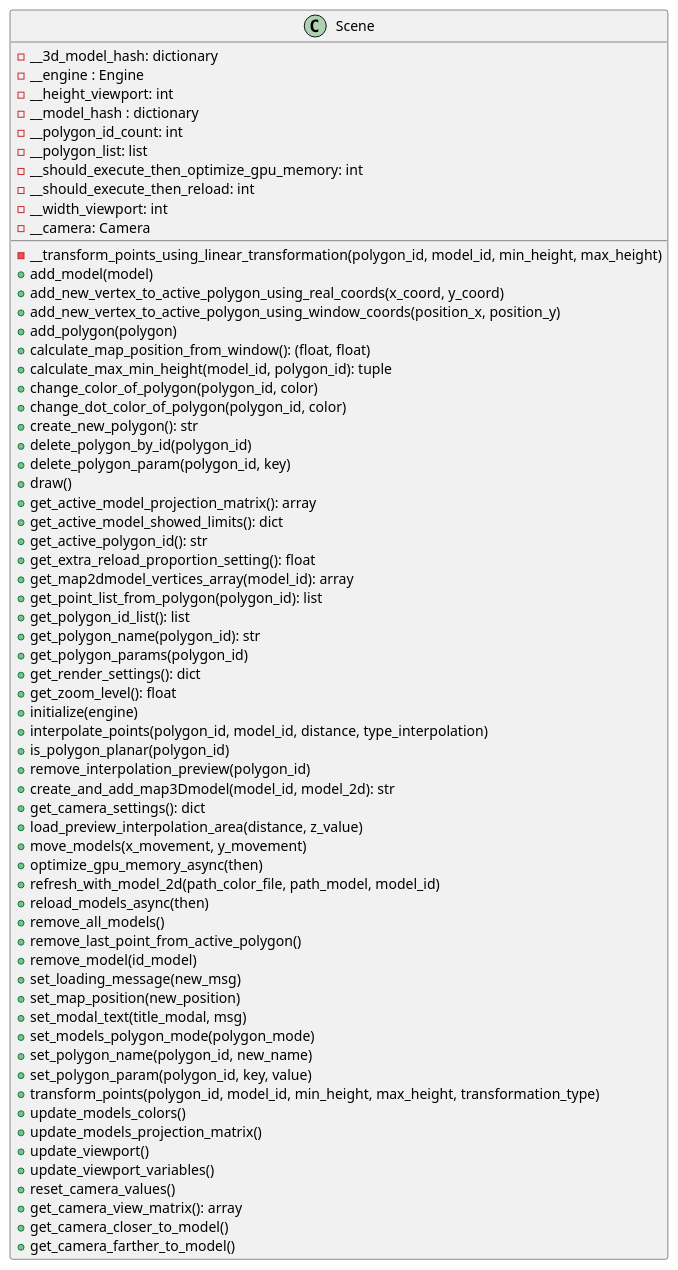
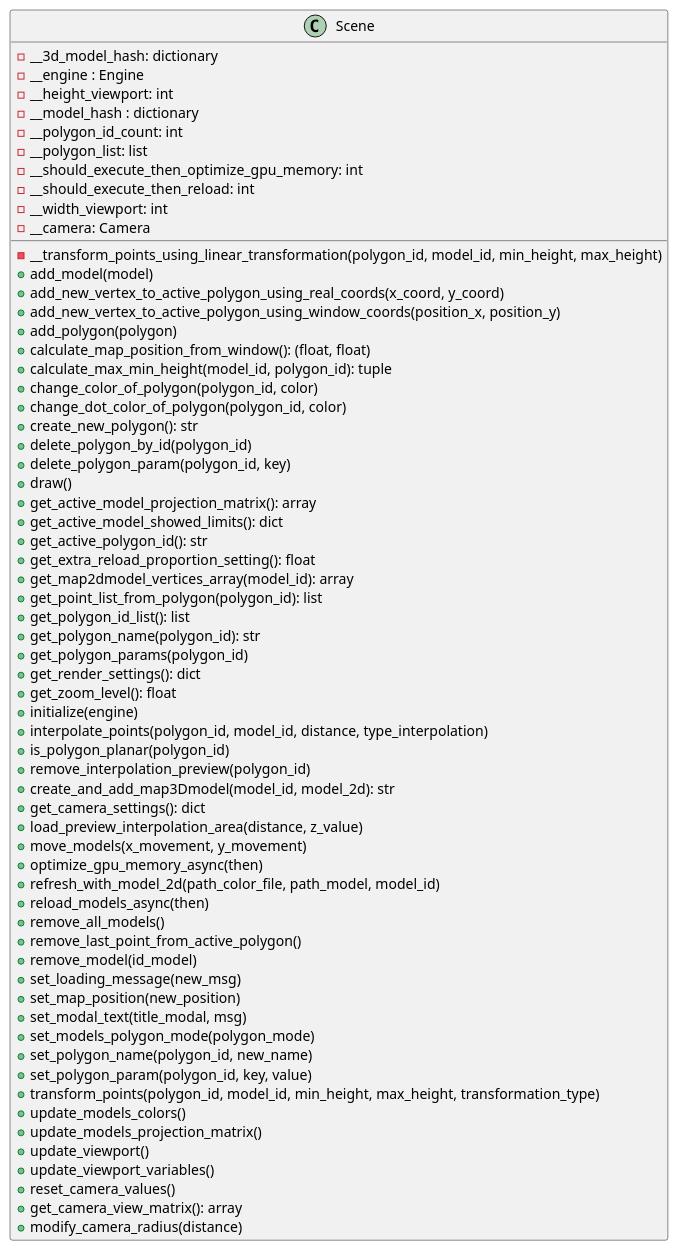
One commit to ferpoble2/Relief_Creator changed the diagram in docs/classes/Scene.puml. Above: the diagram before and after it, drawn with PlantUML. The commit also changed 6 other files, not shown here.

```diff
--- a/docs/classes/Scene.puml
+++ b/docs/classes/Scene.puml
@@ -1,68 +1,67 @@
 @startuml
             class Scene{
                 - __transform_points_using_linear_transformation(polygon_id, model_id, min_height, max_height)
                 + add_model(model)
                 + add_new_vertex_to_active_polygon_using_real_coords(x_coord, y_coord)
                 + add_new_vertex_to_active_polygon_using_window_coords(position_x, position_y)
                 + add_polygon(polygon)
                 + calculate_map_position_from_window(): (float, float)
                 + calculate_max_min_height(model_id, polygon_id): tuple
                 + change_color_of_polygon(polygon_id, color)
                 + change_dot_color_of_polygon(polygon_id, color)
                 + create_new_polygon(): str
                 + delete_polygon_by_id(polygon_id)
                 + delete_polygon_param(polygon_id, key)
                 + draw()
                 + get_active_model_projection_matrix(): array
                 + get_active_model_showed_limits(): dict
                 + get_active_polygon_id(): str
                 + get_extra_reload_proportion_setting(): float
                 + get_map2dmodel_vertices_array(model_id): array
                 + get_point_list_from_polygon(polygon_id): list
                 + get_polygon_id_list(): list
                 + get_polygon_name(polygon_id): str
                 + get_polygon_params(polygon_id)
                 + get_render_settings(): dict
                 + get_zoom_level(): float
                 + initialize(engine)
                 + interpolate_points(polygon_id, model_id, distance, type_interpolation)
                 + is_polygon_planar(polygon_id)
                 + remove_interpolation_preview(polygon_id)
                 + create_and_add_map3Dmodel(model_id, model_2d): str
                 + get_camera_settings(): dict
                 + load_preview_interpolation_area(distance, z_value)
                 + move_models(x_movement, y_movement)
                 + optimize_gpu_memory_async(then)
                 + refresh_with_model_2d(path_color_file, path_model, model_id)
                 + reload_models_async(then)
                 + remove_all_models()
                 + remove_last_point_from_active_polygon()
                 + remove_model(id_model)
                 + set_loading_message(new_msg)
                 + set_map_position(new_position)
                 + set_modal_text(title_modal, msg)
                 + set_models_polygon_mode(polygon_mode)
                 + set_polygon_name(polygon_id, new_name)
                 + set_polygon_param(polygon_id, key, value)
                 + transform_points(polygon_id, model_id, min_height, max_height, transformation_type)
                 + update_models_colors()
                 + update_models_projection_matrix()
                 + update_viewport()
                 + update_viewport_variables()
                 + reset_camera_values()
                 + get_camera_view_matrix(): array
-                + get_camera_closer_to_model()
-                + get_camera_farther_to_model()
+                + modify_camera_radius(distance)
 
                 - __3d_model_hash: dictionary
                 - __engine : Engine
                 - __height_viewport: int
                 - __model_hash : dictionary
                 - __polygon_id_count: int
                 - __polygon_list: list
                 - __should_execute_then_optimize_gpu_memory: int
                 - __should_execute_then_reload: int
                 - __width_viewport: int
                 - __camera: Camera
             }
 @enduml
```
